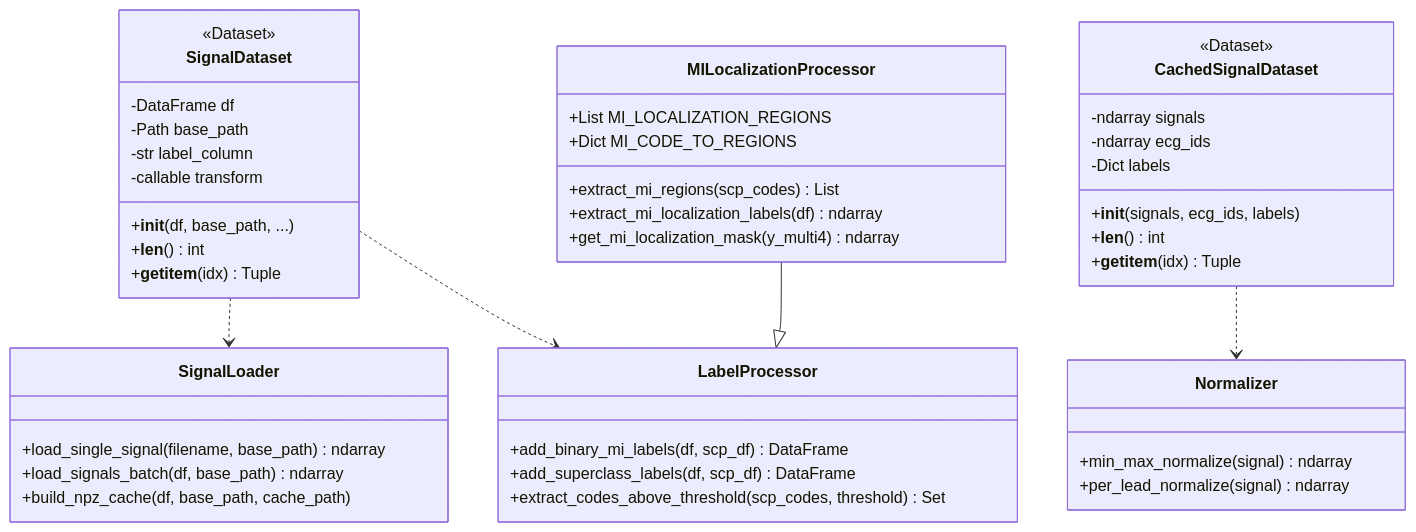
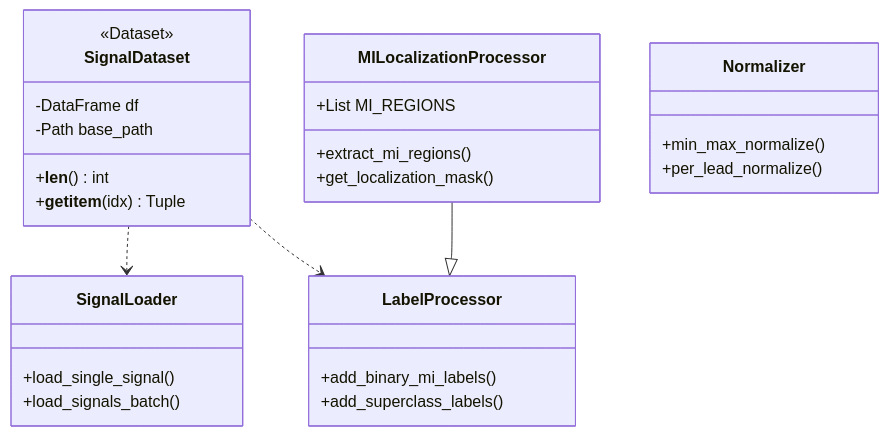
One commit to mUsaulug/CardioGuard-AI changed the third of 7 diagrams in docs/diagrams/03_class_diagram.md. Above: the diagram before and after it, drawn with Mermaid. The commit also changed other lines of this file and 5 other files, not shown here.

````diff
--- a/docs/diagrams/03_class_diagram.md
+++ b/docs/diagrams/03_class_diagram.md
@@ -94,55 +128,35 @@
 ```mermaid
 classDiagram
-    direction TB
-    
     class SignalDataset {
         <<Dataset>>
         -DataFrame df
         -Path base_path
-        -str label_column
-        -callable transform
-        +__init__(df, base_path, ...)
-        +__len__() int
-        +__getitem__(idx) Tuple
-    }
-    
-    class CachedSignalDataset {
-        <<Dataset>>
-        -ndarray signals
-        -ndarray ecg_ids
-        -Dict labels
-        +__init__(signals, ecg_ids, labels)
         +__len__() int
         +__getitem__(idx) Tuple
     }
     
     class LabelProcessor {
-        +add_binary_mi_labels(df, scp_df) DataFrame
-        +add_superclass_labels(df, scp_df) DataFrame
-        +extract_codes_above_threshold(scp_codes, threshold) Set
+        +add_binary_mi_labels()
+        +add_superclass_labels()
     }
     
     class MILocalizationProcessor {
-        +List MI_LOCALIZATION_REGIONS
-        +Dict MI_CODE_TO_REGIONS
-        +extract_mi_regions(scp_codes) List
-        +extract_mi_localization_labels(df) ndarray
-        +get_mi_localization_mask(y_multi4) ndarray
+        +List MI_REGIONS
+        +extract_mi_regions()
+        +get_localization_mask()
     }
     
     class SignalLoader {
-        +load_single_signal(filename, base_path) ndarray
-        +load_signals_batch(df, base_path) ndarray
-        +build_npz_cache(df, base_path, cache_path)
+        +load_single_signal()
+        +load_signals_batch()
     }
     
     class Normalizer {
-        +min_max_normalize(signal) ndarray
-        +per_lead_normalize(signal) ndarray
+        +min_max_normalize()
+        +per_lead_normalize()
     }
     
     SignalDataset ..> SignalLoader
     SignalDataset ..> LabelProcessor
-    CachedSignalDataset ..> Normalizer
     MILocalizationProcessor --|> LabelProcessor
 ```
````
